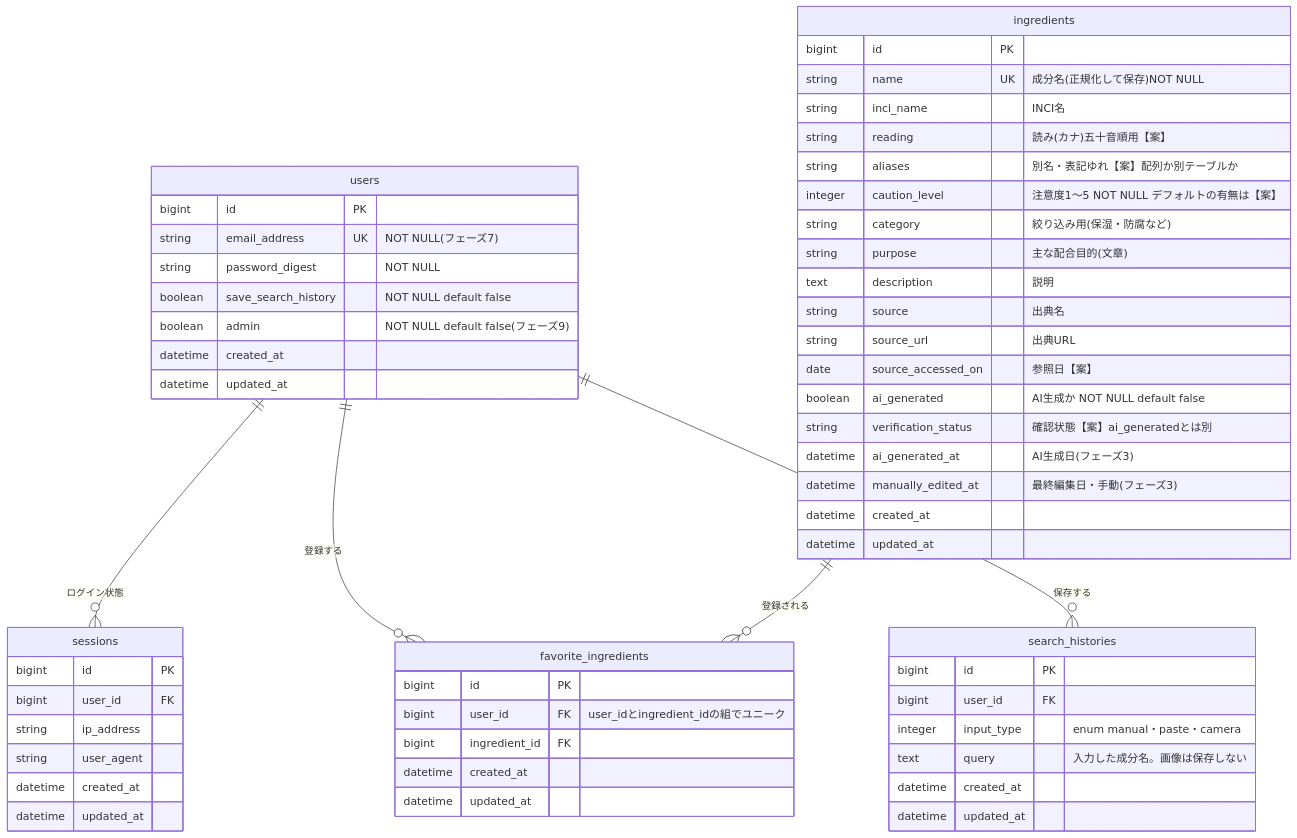
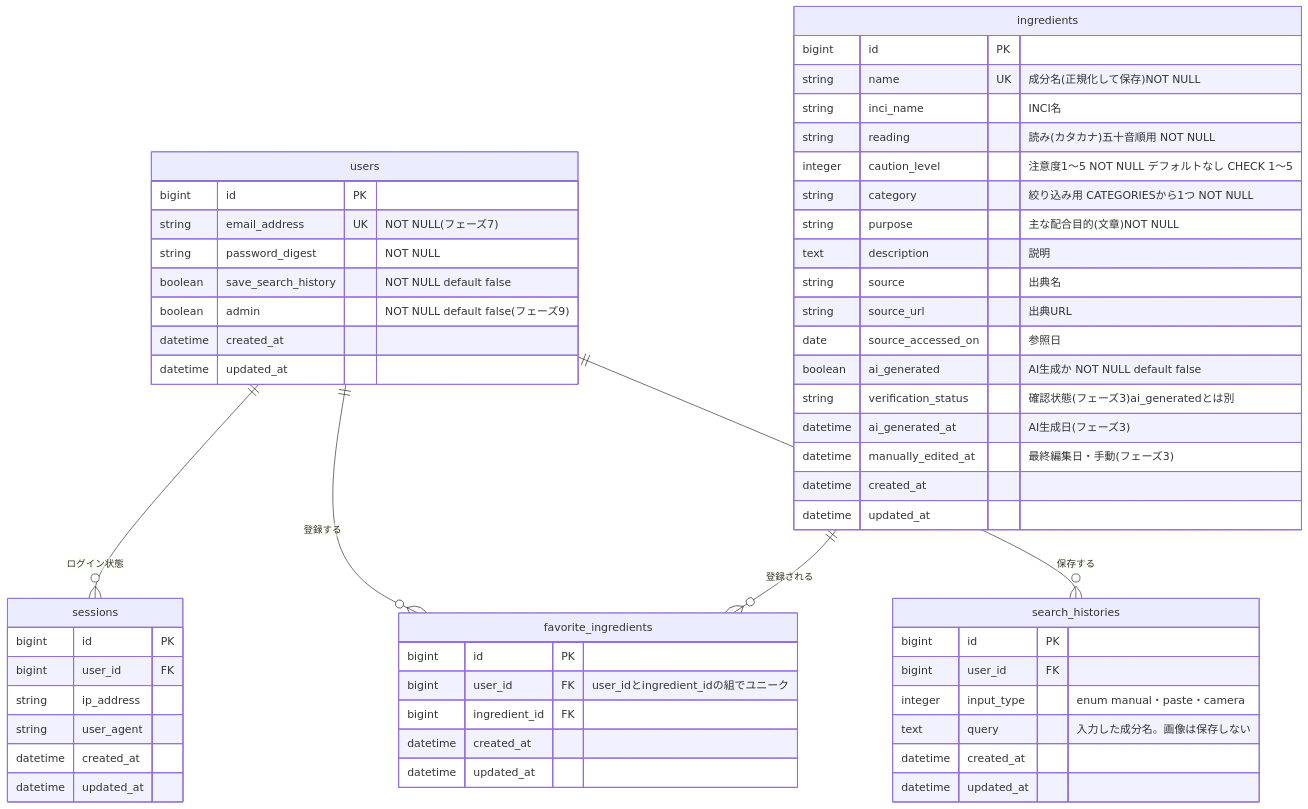
One commit to Elu-72b/ura-label changed the diagram in docs/ER_DIAGRAM.md. Above: the diagram before and after it, drawn with Mermaid. The commit also changed other lines of this file, not shown here.

Commit message:
ER図に成分テーブルの決定事項を反映

````diff
--- a/docs/ER_DIAGRAM.md
+++ b/docs/ER_DIAGRAM.md
@@ -12,64 +12,63 @@
 ```mermaid
 erDiagram
     users ||--o{ sessions : "ログイン状態"
     users ||--o{ favorite_ingredients : "登録する"
     ingredients ||--o{ favorite_ingredients : "登録される"
     users ||--o{ search_histories : "保存する"
 
     ingredients {
         bigint id PK
         string name UK "成分名(正規化して保存)NOT NULL"
         string inci_name "INCI名"
-        string reading "読み(カナ)五十音順用【案】"
-        string aliases "別名・表記ゆれ【案】配列か別テーブルか"
-        integer caution_level "注意度1〜5 NOT NULL デフォルトの有無は【案】"
-        string category "絞り込み用(保湿・防腐など)"
-        string purpose "主な配合目的(文章)"
+        string reading "読み(カタカナ)五十音順用 NOT NULL"
+        integer caution_level "注意度1〜5 NOT NULL デフォルトなし CHECK 1〜5"
+        string category "絞り込み用 CATEGORIESから1つ NOT NULL"
+        string purpose "主な配合目的(文章)NOT NULL"
         text description "説明"
         string source "出典名"
         string source_url "出典URL"
-        date source_accessed_on "参照日【案】"
+        date source_accessed_on "参照日"
         boolean ai_generated "AI生成か NOT NULL default false"
-        string verification_status "確認状態【案】ai_generatedとは別"
+        string verification_status "確認状態(フェーズ3)ai_generatedとは別"
         datetime ai_generated_at "AI生成日(フェーズ3)"
         datetime manually_edited_at "最終編集日・手動(フェーズ3)"
         datetime created_at
         datetime updated_at
     }
 
     users {
         bigint id PK
         string email_address UK "NOT NULL(フェーズ7)"
         string password_digest "NOT NULL"
         boolean save_search_history "NOT NULL default false"
         boolean admin "NOT NULL default false(フェーズ9)"
         datetime created_at
         datetime updated_at
     }
 
     sessions {
         bigint id PK
         bigint user_id FK
         string ip_address
         string user_agent
         datetime created_at
         datetime updated_at
     }
 
     favorite_ingredients {
         bigint id PK
         bigint user_id FK "user_idとingredient_idの組でユニーク"
         bigint ingredient_id FK
         datetime created_at
         datetime updated_at
     }
 
     search_histories {
         bigint id PK
         bigint user_id FK
         integer input_type "enum manual・paste・camera"
         text query "入力した成分名。画像は保存しない"
         datetime created_at
         datetime updated_at
     }
 ```
````
